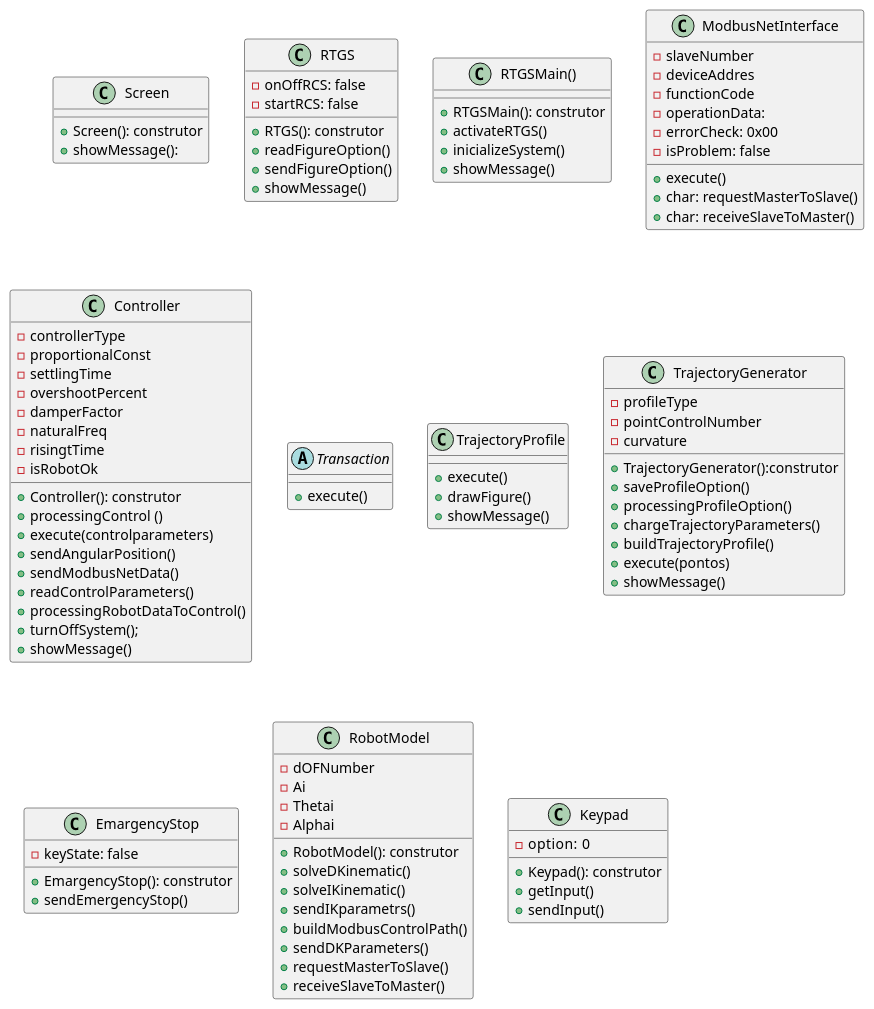
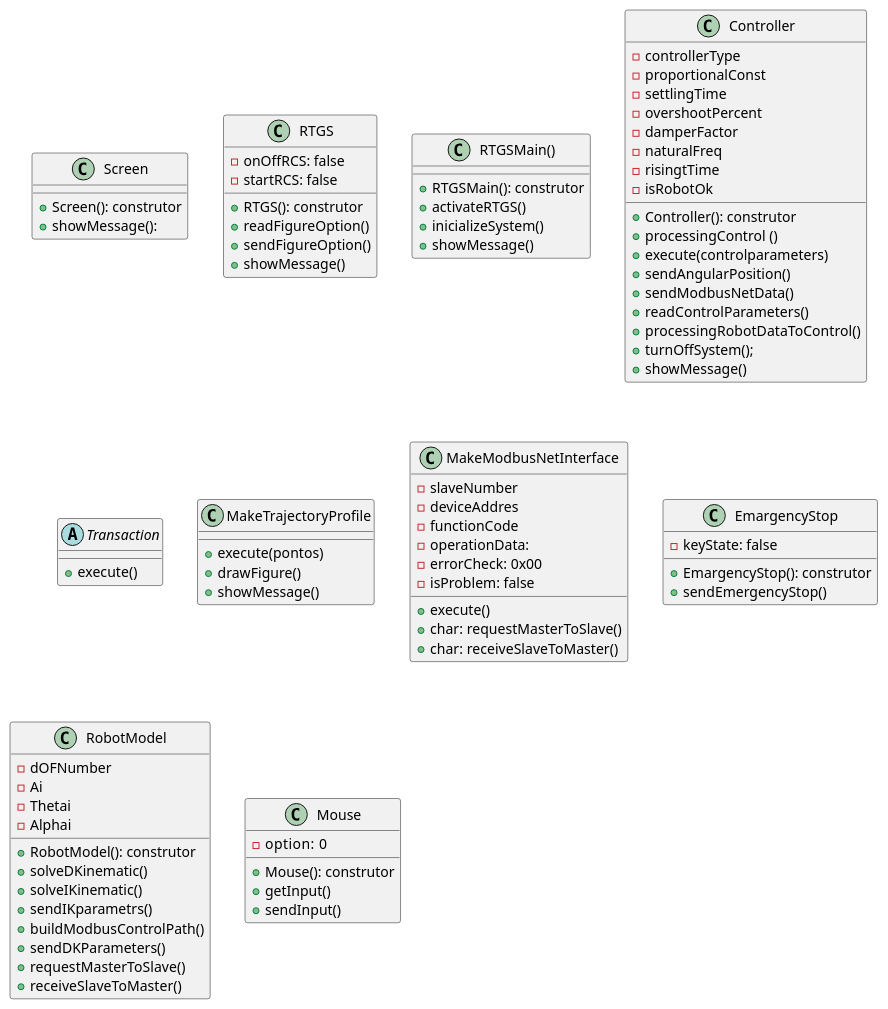
The diagram in ClasseRTGS.plantuml (MarcioFreitasUFSC21/RTGS-Master-Course-System), drawn with PlantUML before and after one commit. The commit also changed 8 other files, not shown here.

```diff
--- a/ClasseRTGS.plantuml
+++ b/ClasseRTGS.plantuml
@@ -1,98 +1,87 @@
 @startuml
 Class Screen{
     + Screen(): construtor
     + showMessage():
    
 }
 Class RTGS{
     - onOffRCS: false
     - startRCS: false
     + RTGS(): construtor
     + readFigureOption()
     + sendFigureOption()
     + showMessage()
     
 }
 Class RTGSMain(){
     + RTGSMain(): construtor
     + activateRTGS()
     + inicializeSystem()
     + showMessage()
 }
-Class ModbusNetInterface{
-    - slaveNumber
-    - deviceAddres
-    - functionCode
-    - operationData: 
-    - errorCheck: 0x00
-    - isProblem: false
-    + execute()
-    + char: requestMasterToSlave()
-    + char: receiveSlaveToMaster()
-}
+
 Class Controller{
     - controllerType
     - proportionalConst
     - settlingTime
     - overshootPercent
     - damperFactor
     - naturalFreq
     - risingtTime
     - isRobotOk
     + Controller(): construtor
     + processingControl ()
     + execute(controlparameters)
     + sendAngularPosition()
     + sendModbusNetData()
     + readControlParameters()
     + processingRobotDataToControl()
     + turnOffSystem();
     + showMessage()
 }
 abstract class Transaction{
     + execute()
 }
-class TrajectoryProfile{
-    + execute()
+class MakeTrajectoryProfile{
+    + execute(pontos)
     + drawFigure()
     + showMessage()
 }
-class TrajectoryGenerator{
-    -  profileType
-    -  pointControlNumber
-    -  curvature
-    + TrajectoryGenerator():construtor
-    + saveProfileOption()
-    + processingProfileOption()
-    + chargeTrajectoryParameters()
-    + buildTrajectoryProfile()
-    + execute(pontos)
-    + showMessage()
+Class MakeModbusNetInterface{
+    - slaveNumber
+    - deviceAddres
+    - functionCode
+    - operationData: 
+    - errorCheck: 0x00
+    - isProblem: false
+    + execute()
+    + char: requestMasterToSlave()
+    + char: receiveSlaveToMaster()
 }
 class EmargencyStop{
     - keyState: false
     + EmargencyStop(): construtor
     + sendEmergencyStop()
      
 }
 class RobotModel{
     - dOFNumber
     - Ai
     - Thetai
     - Alphai
     + RobotModel(): construtor
     + solveDKinematic()
     + solveIKinematic()
     + sendIKparametrs()
     + buildModbusControlPath()
     + sendDKParameters()
     + requestMasterToSlave()
     + receiveSlaveToMaster()
 }
-class Keypad{
+class Mouse{
     - option:  0
-    + Keypad(): construtor
+    + Mouse(): construtor
     + getInput()
     + sendInput()
 }
 @enduml
```
